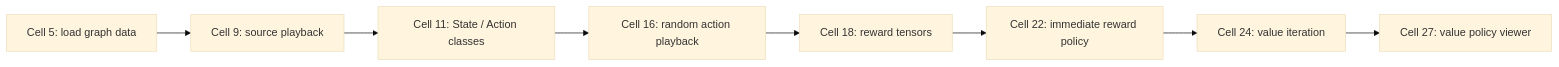
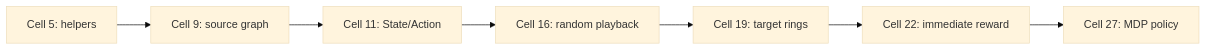
The second of 6 diagrams in docs/blog/AnimationPapers/precomputing_avatar_behavior/README.md (EvihGraphics/AnimationTech-HTC), drawn with Mermaid (base theme) before and after one commit. The commit also changed other lines of this file and 21 other files, not shown here.

````diff
--- a/docs/blog/AnimationPapers/precomputing_avatar_behavior/README.md
+++ b/docs/blog/AnimationPapers/precomputing_avatar_behavior/README.md
@@ -46,10 +40,9 @@
 ```mermaid
 flowchart LR
-    C5[Cell 5: load graph data] --> C9[Cell 9: source playback]
-    C9 --> C11[Cell 11: State / Action classes]
-    C11 --> C16[Cell 16: random action playback]
-    C16 --> C18[Cell 18: reward tensors]
-    C18 --> C22[Cell 22: immediate reward policy]
-    C22 --> C24[Cell 24: value iteration]
-    C24 --> C27[Cell 27: value policy viewer]
+    C5[Cell 5: helpers] --> C9[Cell 9: source graph]
+    C9 --> C11[Cell 11: State/Action]
+    C11 --> C16[Cell 16: random playback]
+    C16 --> C19[Cell 19: target rings]
+    C19 --> C22[Cell 22: immediate reward]
+    C22 --> C27[Cell 27: MDP policy]
 ```
````
